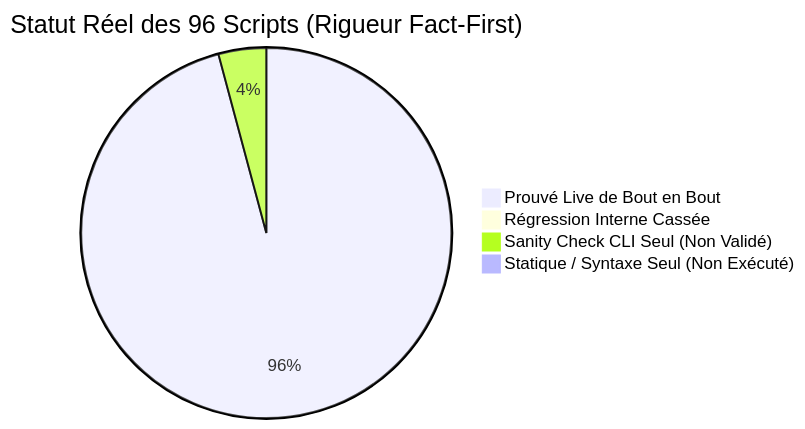
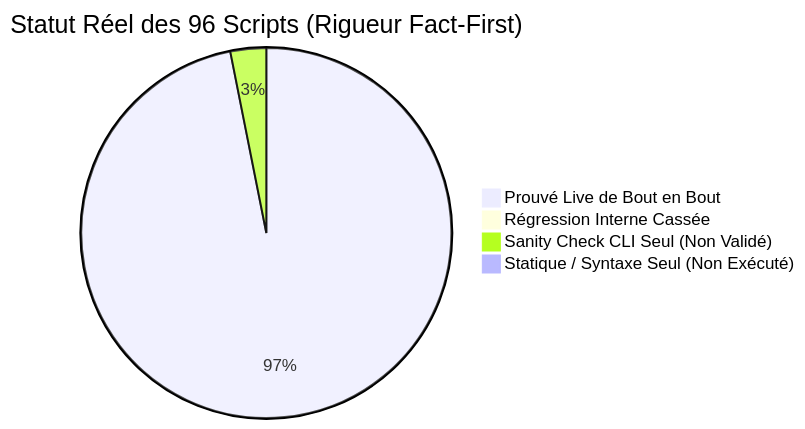
The diagram in docs/reference/2026-11-10-audit-exhaustif-scripts-regressions.md (yoyonel/pydbsrt), drawn with Mermaid before and after one commit. The commit also changed other lines of this file and 2 other files, not shown here.

Commit message:
fix(ingestion): dynamic root, absolute paths and check mode in register adjacent couplings (#69)

````diff
--- a/docs/reference/2026-11-10-audit-exhaustif-scripts-regressions.md
+++ b/docs/reference/2026-11-10-audit-exhaustif-scripts-regressions.md
@@ -16,7 +16,7 @@
 ```mermaid
 pie title Statut Réel des 96 Scripts (Rigueur Fact-First)
-    "Prouvé Live de Bout en Bout" : 92
+    "Prouvé Live de Bout en Bout" : 93
     "Régression Interne Cassée" : 0
-    "Sanity Check CLI Seul (Non Validé)" : 4
+    "Sanity Check CLI Seul (Non Validé)" : 3
     "Statique / Syntaxe Seul (Non Exécuté)" : 0
 ```
````
